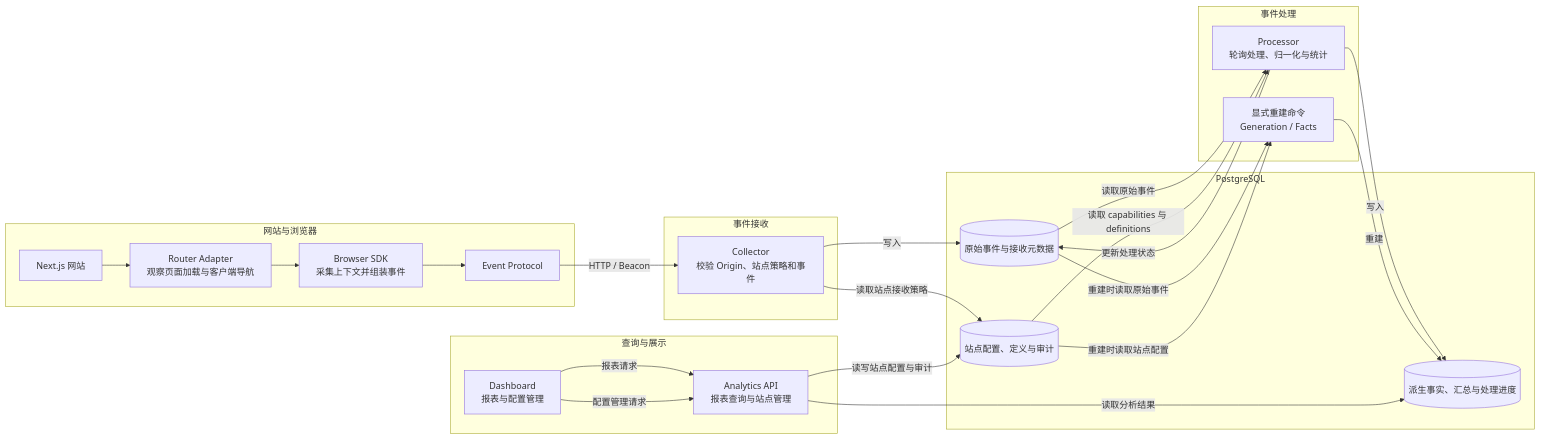
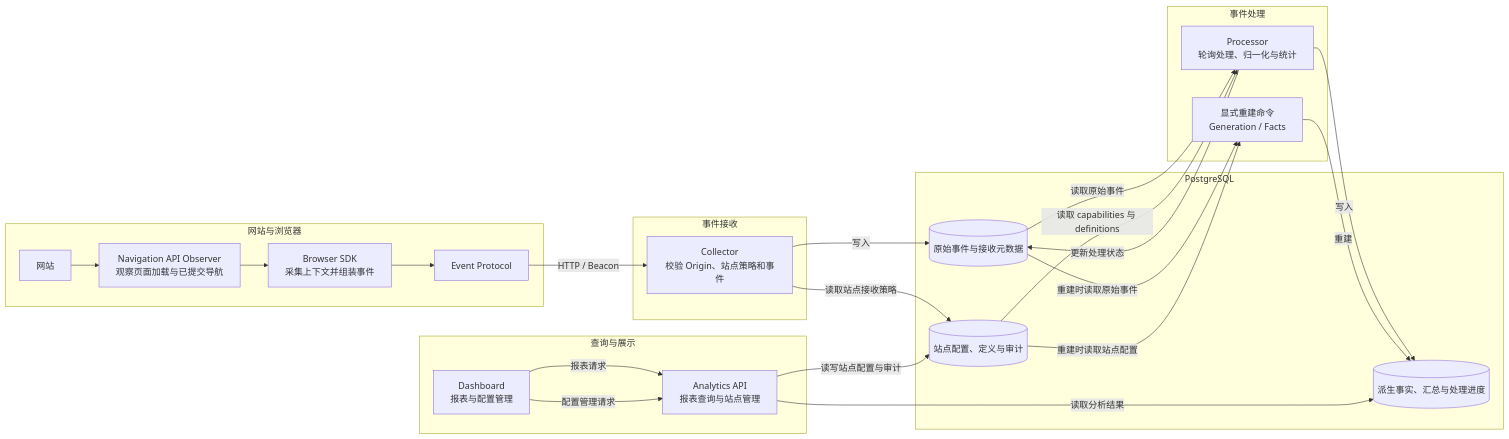
One commit to bearfighting/Traceleaf changed the diagram in README.md. Above: the diagram before and after it, drawn with Mermaid. The commit also changed other lines of this file and 121 other files, not shown here.

````diff
--- a/README.md
+++ b/README.md
@@ -11,45 +11,45 @@
 ```mermaid
 flowchart LR
     subgraph Browser[网站与浏览器]
-        Website[Next.js 网站]
-        Observer[Router Adapter<br/>观察页面加载与客户端导航]
+        Website[网站]
+        Observer[Navigation API Observer<br/>观察页面加载与已提交导航]
         SDK[Browser SDK<br/>采集上下文并组装事件]
         Protocol[Event Protocol]
         Website --> Observer --> SDK --> Protocol
     end
 
     subgraph Ingestion[事件接收]
         Collector[Collector<br/>校验 Origin、站点策略和事件]
     end
 
     subgraph Storage[PostgreSQL]
         Raw[(原始事件与接收元数据)]
         Facts[(派生事实、汇总与处理进度)]
         Config[(站点配置、定义与审计)]
     end
 
     subgraph Processing[事件处理]
         Processor[Processor<br/>轮询处理、归一化与统计]
         Rebuild[显式重建命令<br/>Generation / Facts]
     end
 
     subgraph Serving[查询与展示]
         API[Analytics API<br/>报表查询与站点管理]
         Dashboard[Dashboard<br/>报表与配置管理]
     end
 
     Protocol -->|HTTP / Beacon| Collector
     Collector -->|写入| Raw
     Collector -->|读取站点接收策略| Config
     Raw -->|读取原始事件| Processor
     Processor -->|更新处理状态| Raw
     Config -->|读取 capabilities 与 definitions| Processor
     Processor -->|写入| Facts
     Raw -->|重建时读取原始事件| Rebuild
     Config -->|重建时读取站点配置| Rebuild
     Rebuild -->|重建| Facts
     API -->|读取分析结果| Facts
     Dashboard -->|报表请求| API
     Dashboard -->|配置管理请求| API
     API -->|读写站点配置与审计| Config
 ```
````
